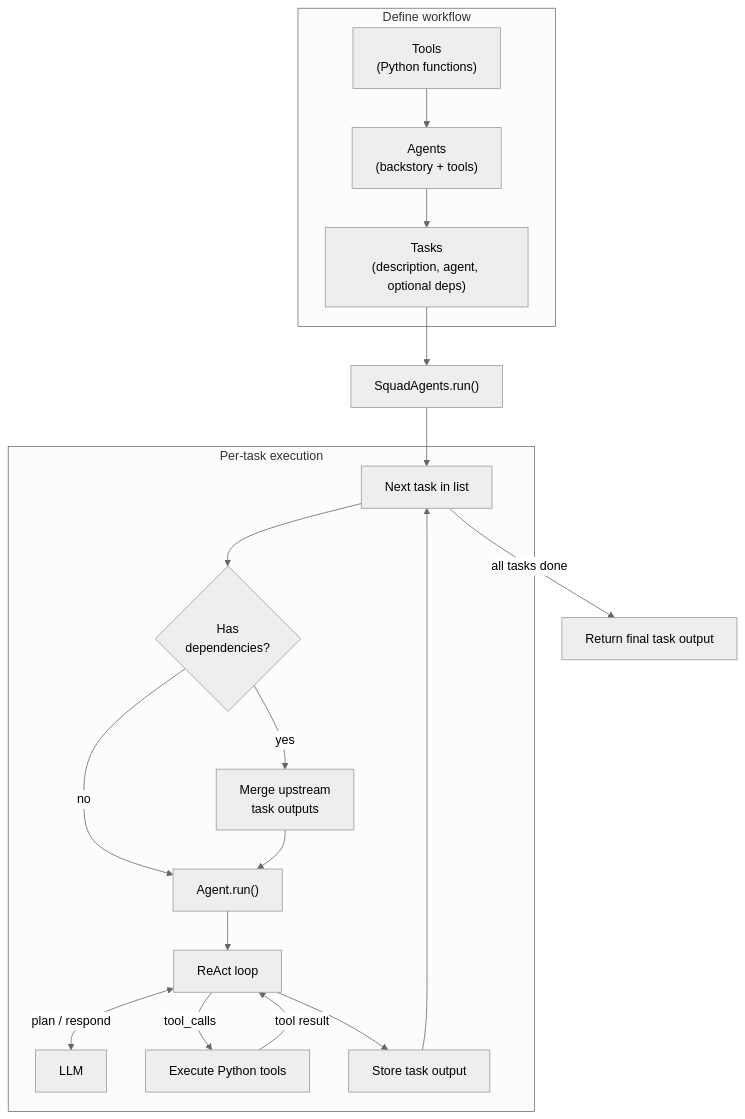
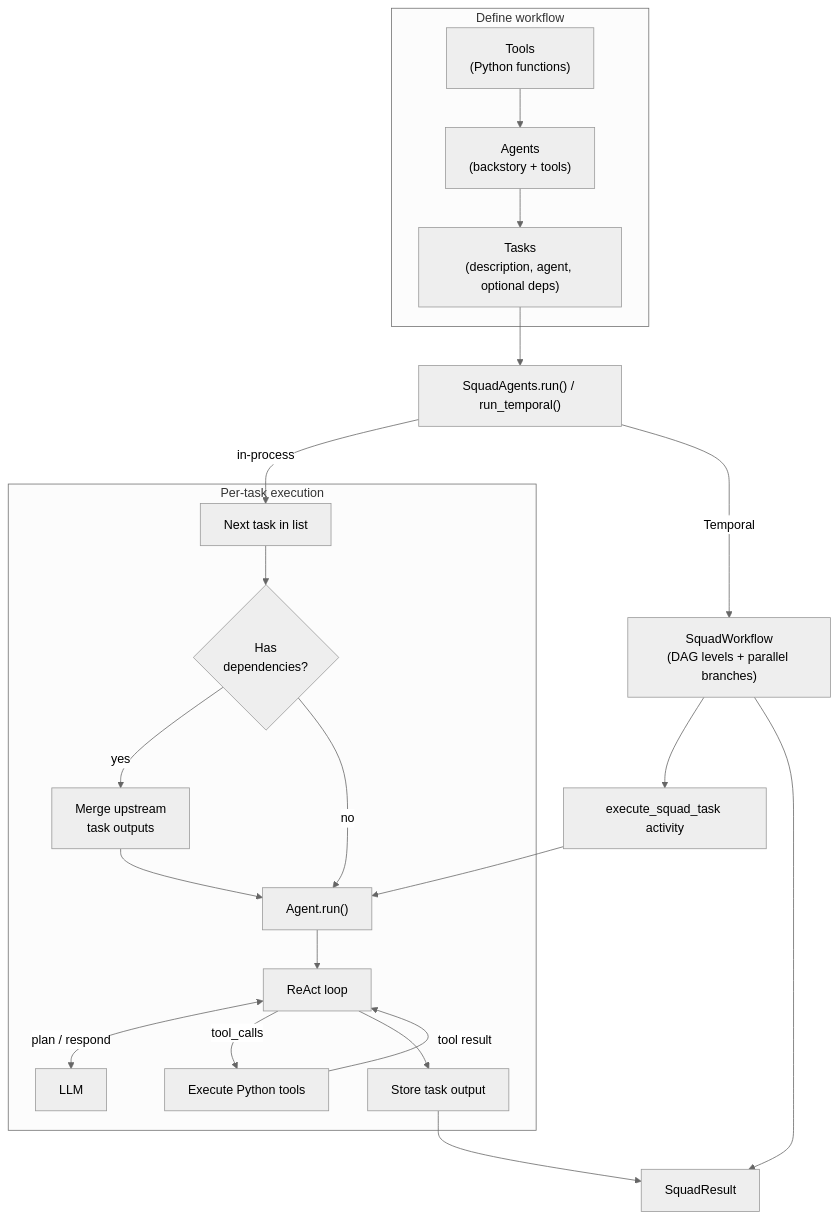
The diagram in README.md (skhanal123/squadAI), drawn with Mermaid (neutral theme) before and after one commit. The commit also changed other lines of this file and 14 other files, not shown here.

First line of the commit message:
Add Temporal workflow orchestration for squad DAGs

````diff
--- a/README.md
+++ b/README.md
@@ -17,27 +17,30 @@
 ```mermaid
 flowchart TD
     subgraph setup["Define workflow"]
         Tools["Tools<br/>(Python functions)"]
         Agents["Agents<br/>(backstory + tools)"]
         Tasks["Tasks<br/>(description, agent, optional deps)"]
         Tools --> Agents --> Tasks
     end
 
-    Tasks --> Run["SquadAgents.run()"]
-    Run --> Loop["Next task in list"]
+    Tasks --> Run["SquadAgents.run() / run_temporal()"]
+    Run -->|"in-process"| Loop["Next task in list"]
+    Run -->|"Temporal"| Temporal["SquadWorkflow<br/>(DAG levels + parallel branches)"]
+    Temporal --> Activity["execute_squad_task activity"]
+    Activity --> AgentRun["Agent.run()"]
 
     subgraph execute["Per-task execution"]
         Loop --> Deps{"Has<br/>dependencies?"}
         Deps -->|yes| Context["Merge upstream<br/>task outputs"]
-        Deps -->|no| AgentRun["Agent.run()"]
+        Deps -->|no| AgentRun
         Context --> AgentRun
         AgentRun --> React["ReAct loop"]
         React <-->|"plan / respond"| LLM["LLM"]
         React -->|"tool_calls"| ToolExec["Execute Python tools"]
         ToolExec -->|"tool result"| React
         React --> Store["Store task output"]
     end
 
-    Store --> Loop
-    Loop -->|"all tasks done"| Result["Return final task output"]
+    Store --> Result["SquadResult"]
+    Temporal --> Result
 ```
````
